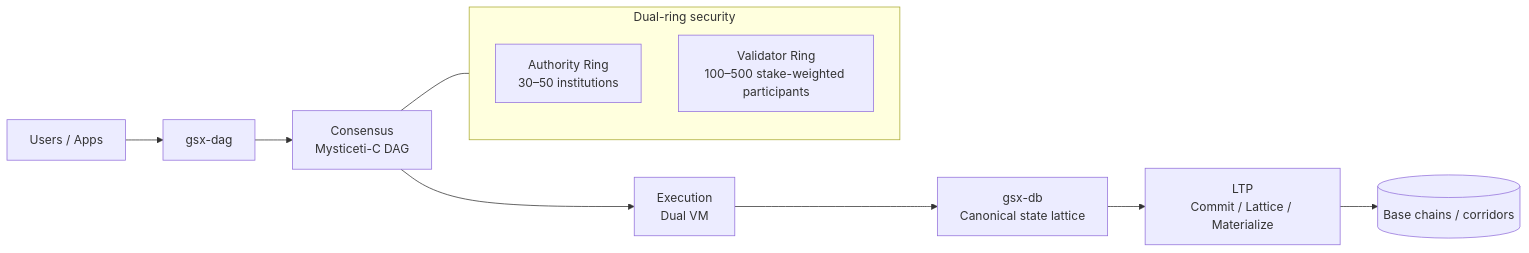
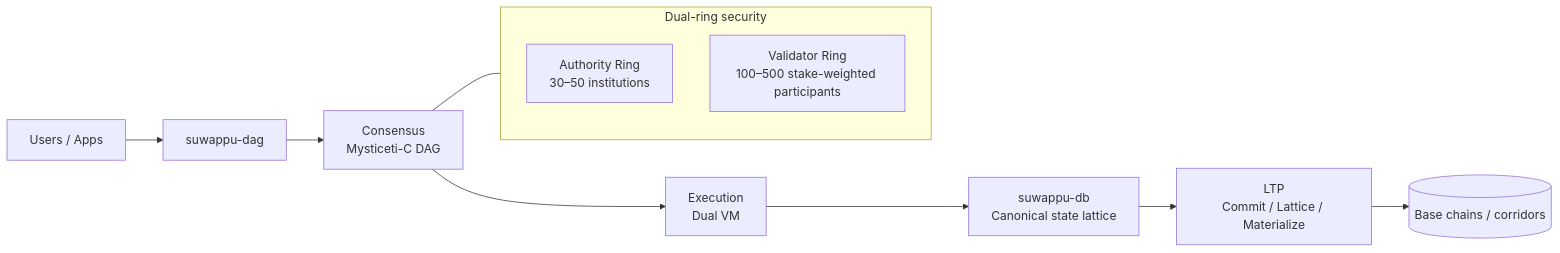
One commit to Suwappu-Labs/suwappu-dag changed the first of 8 diagrams in docs/visuals/README.md. Above: the diagram before and after it, drawn with Mermaid. The commit also changed other lines of this file and 503 other files, not shown here.

First line of the commit message:
chore: rebrand gsx-dag -> suwappu-dag (crates, code, docs, scripts)

````diff
--- a/docs/visuals/README.md
+++ b/docs/visuals/README.md
@@ -23,14 +23,14 @@
 ```mermaid
 flowchart LR
-  Users[Users / Apps] --> DAG[gsx-dag]
+  Users[Users / Apps] --> DAG[suwappu-dag]
   DAG --> C[Consensus<br/>Mysticeti-C DAG]
   C --> E[Execution<br/>Dual VM]
-  E --> DB[gsx-db<br/>Canonical state lattice]
+  E --> DB[suwappu-db<br/>Canonical state lattice]
   DB --> LTP[LTP<br/>Commit / Lattice / Materialize]
   LTP --> Corridors[(Base chains / corridors)]
   subgraph Rings[Dual-ring security]
     A[Authority Ring<br/>30–50 institutions]
     V[Validator Ring<br/>100–500 stake-weighted participants]
   end
   C --- Rings
 ```
````
